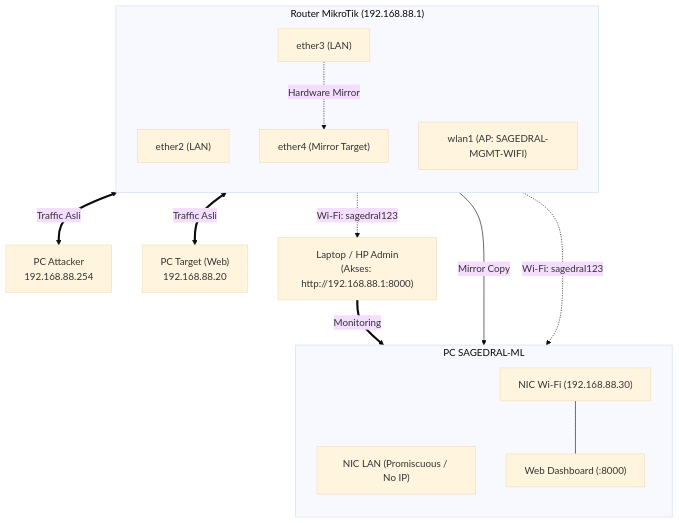
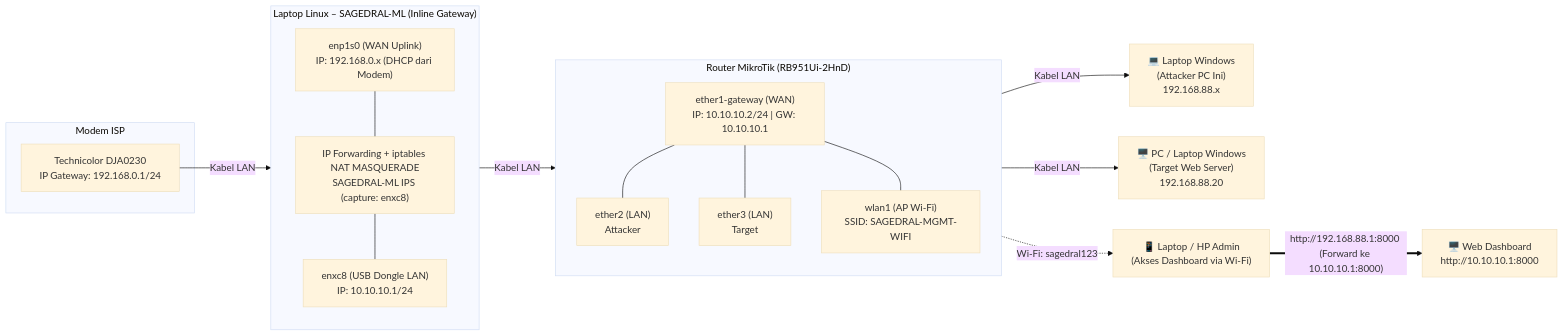
The diagram in peskiza.md (sagedral02/SAGEDRAL-ML-Smart-Adaptive-Guardian-for-Detection-Response-and-Adaptive-Learning-ML), drawn with Mermaid (base theme) before and after one commit. The commit also changed other lines of this file and 1 other file, not shown here.

Commit message:
docs: update peskiza and fix guide for inline gateway topology and Windows target

````diff
--- a/peskiza.md
+++ b/peskiza.md
@@ -25,32 +54,38 @@
 ```mermaid
-flowchart TD
-    subgraph MIKROTIK["Router MikroTik (192.168.88.1)"]
-        direction TB
-        E2["ether2 (LAN)"]
-        E3["ether3 (LAN)"]
-        E4["ether4 (Mirror Target)"]
-        WIFI["wlan1 (AP: SAGEDRAL-MGMT-WIFI)"]
-        E3 -.->|Hardware Mirror| E4
+flowchart LR
+    subgraph ISP["Modem ISP"]
+        MODEM["Technicolor DJA0230\nIP Gateway: 192.168.0.1/24"]
     end
 
-    ATK["PC Attacker\n192.168.88.254"]
-    TGT["PC Target (Web)\n192.168.88.20"]
-
-    subgraph SENSOR["PC SAGEDRAL-ML"]
+    subgraph SAGEDRAL["Laptop Linux – SAGEDRAL-ML (Inline Gateway)"]
         direction TB
-        NIC_CAP["NIC LAN (Promiscuous / No IP)"]
-        NIC_WIFI["NIC Wi-Fi (192.168.88.30)"]
-        DASH["Web Dashboard (:8000)"]
-        NIC_WIFI --- DASH
+        WAN_NIC["enp1s0 (WAN Uplink)\nIP: 192.168.0.x (DHCP dari Modem)"]
+        LAN_NIC["enxc8 (USB Dongle LAN)\nIP: 10.10.10.1/24"]
+        ROUTING["IP Forwarding + iptables NAT MASQUERADE\nSAGEDRAL-ML IPS (capture: enxc8)"]
+        WAN_NIC --- ROUTING
+        ROUTING --- LAN_NIC
     end
 
-    ADMIN["Laptop / HP Admin\n(Akses: http://192.168.88.1:8000)"]
+    subgraph MIKROTIK["Router MikroTik (RB951Ui-2HnD)"]
+        direction TB
+        E1["ether1-gateway (WAN)\nIP: 10.10.10.2/24 | GW: 10.10.10.1"]
+        E2["ether2 (LAN)\nAttacker"]
+        E3["ether3 (LAN)\nTarget"]
+        WLAN["wlan1 (AP Wi-Fi)\nSSID: SAGEDRAL-MGMT-WIFI"]
+        E1 --- E2
+        E1 --- E3
+        E1 --- WLAN
+    end
 
-    E2 <==>|Traffic Asli| ATK
-    E3 <==>|Traffic Asli| TGT
-    E4 -->|Mirror Copy| NIC_CAP
+    ATK["💻 Laptop Windows\n(Attacker PC Ini)\n192.168.88.x"]
+    TGT["🖥️ PC / Laptop Windows\n(Target Web Server)\n192.168.88.20"]
+    ADMIN["📱 Laptop / HP Admin\n(Akses Dashboard via Wi-Fi)"]
+    DASH["🖥️ Web Dashboard\nhttp://10.10.10.1:8000"]
 
-    WIFI -.->|Wi-Fi: sagedral123| NIC_WIFI
-    WIFI -.->|Wi-Fi: sagedral123| ADMIN
-    ADMIN ==>|Monitoring| DASH
+    MODEM -->|Kabel LAN| WAN_NIC
+    LAN_NIC -->|Kabel LAN| E1
+    E2 -->|Kabel LAN| ATK
+    E3 -->|Kabel LAN| TGT
+    WLAN -.->|Wi-Fi: sagedral123| ADMIN
+    ADMIN ==>|"http://192.168.88.1:8000 (Forward ke 10.10.10.1:8000)"| DASH
 ```
````
